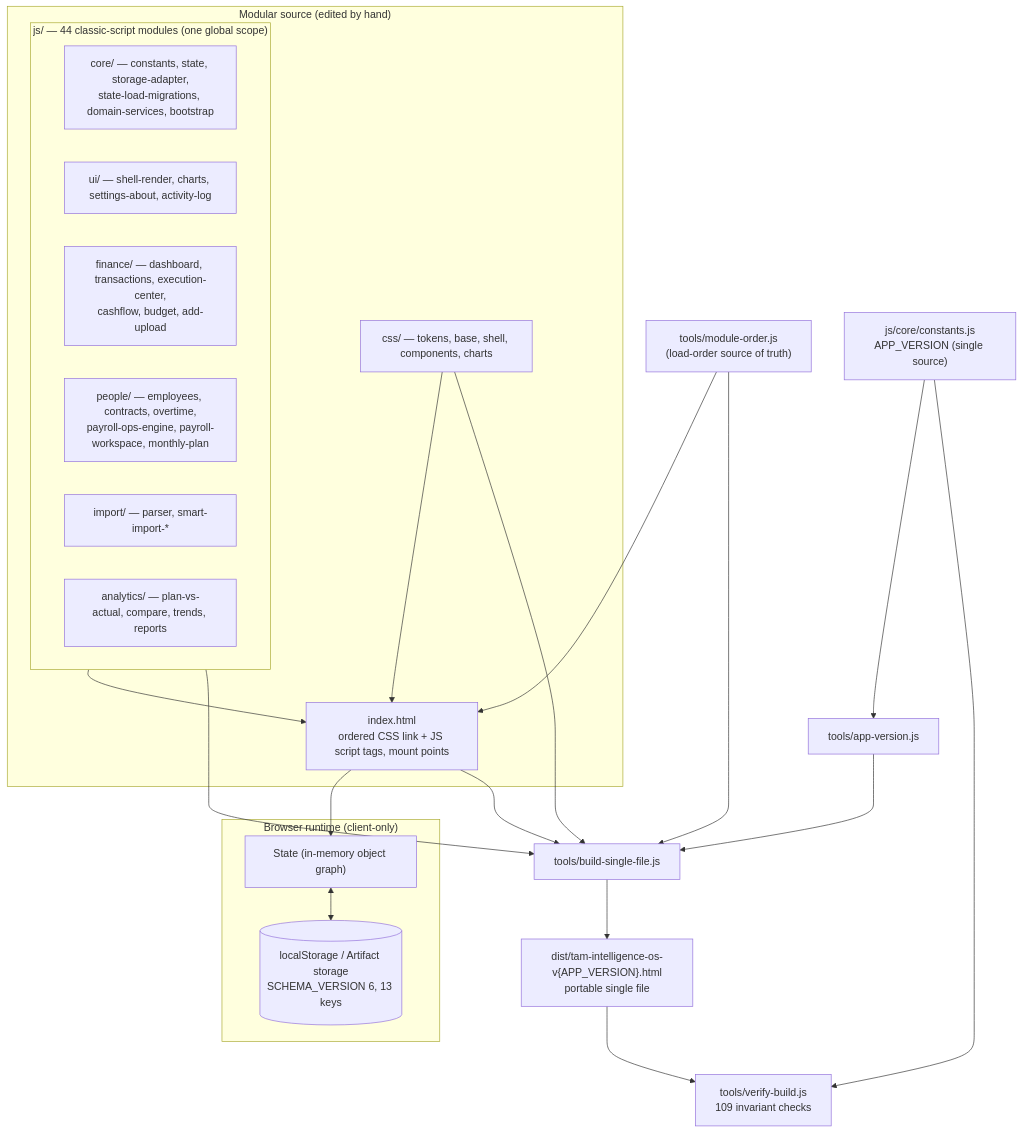
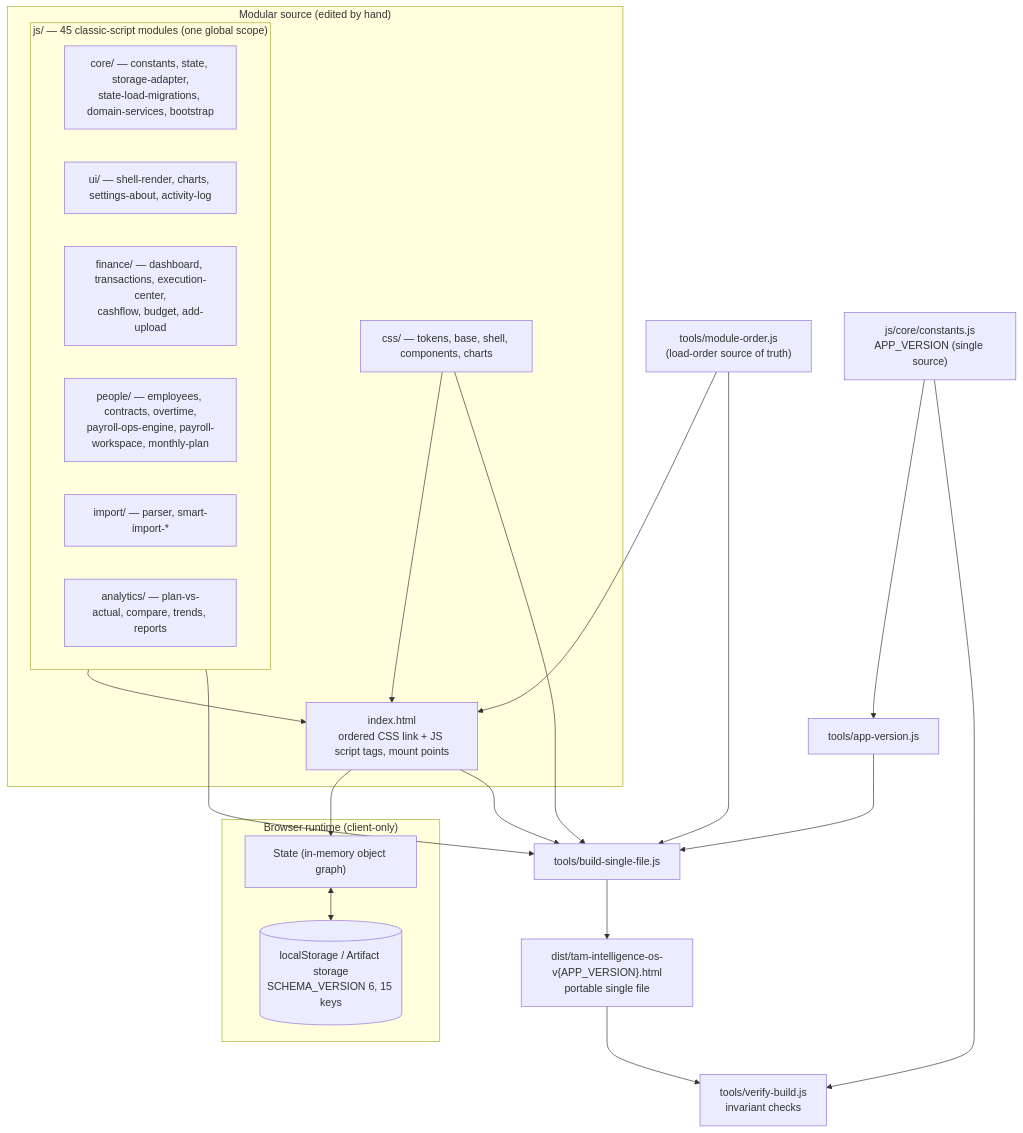
One commit to fanoryu/TAM-Intelligence-OS changed the first of 3 diagrams in ARCHITECTURE.md. Above: the diagram before and after it, drawn with Mermaid. The commit also changed other lines of this file and 21 other files, not shown here.

````diff
--- a/ARCHITECTURE.md
+++ b/ARCHITECTURE.md
@@ -33,42 +33,42 @@
 ```mermaid
 flowchart TD
   subgraph SRC["Modular source (edited by hand)"]
     IDX["index.html<br/>ordered CSS link + JS script tags, mount points"]
     CSS["css/ — tokens, base, shell, components, charts"]
-    subgraph JSMOD["js/ — 44 classic-script modules (one global scope)"]
+    subgraph JSMOD["js/ — 45 classic-script modules (one global scope)"]
       CORE["core/ — constants, state, storage-adapter,<br/>state-load-migrations, domain-services, bootstrap"]
       UI["ui/ — shell-render, charts, settings-about, activity-log"]
       FIN["finance/ — dashboard, transactions, execution-center,<br/>cashflow, budget, add-upload"]
       PPL["people/ — employees, contracts, overtime,<br/>payroll-ops-engine, payroll-workspace, monthly-plan"]
       IMP["import/ — parser, smart-import-*"]
       ANA["analytics/ — plan-vs-actual, compare, trends, reports"]
     end
   end
 
   subgraph RUN["Browser runtime (client-only)"]
     STATE["State (in-memory object graph)"]
-    LS[("localStorage / Artifact storage<br/>SCHEMA_VERSION 6, 13 keys")]
+    LS[("localStorage / Artifact storage<br/>SCHEMA_VERSION 6, 15 keys")]
   end
 
   ORDER["tools/module-order.js<br/>(load-order source of truth)"]
   CONST["js/core/constants.js<br/>APP_VERSION (single source)"]
   AV["tools/app-version.js"]
   BUILD["tools/build-single-file.js"]
-  VERIFY["tools/verify-build.js<br/>109 invariant checks"]
+  VERIFY["tools/verify-build.js<br/>invariant checks"]
   DIST["dist/tam-intelligence-os-v{APP_VERSION}.html<br/>portable single file"]
 
   CSS --> IDX
   JSMOD --> IDX
   IDX --> STATE
   STATE <--> LS
 
   ORDER --> IDX
   ORDER --> BUILD
   CONST --> AV --> BUILD
   IDX --> BUILD
   CSS --> BUILD
   JSMOD --> BUILD
   BUILD --> DIST
   DIST --> VERIFY
   CONST --> VERIFY
 ```
````
